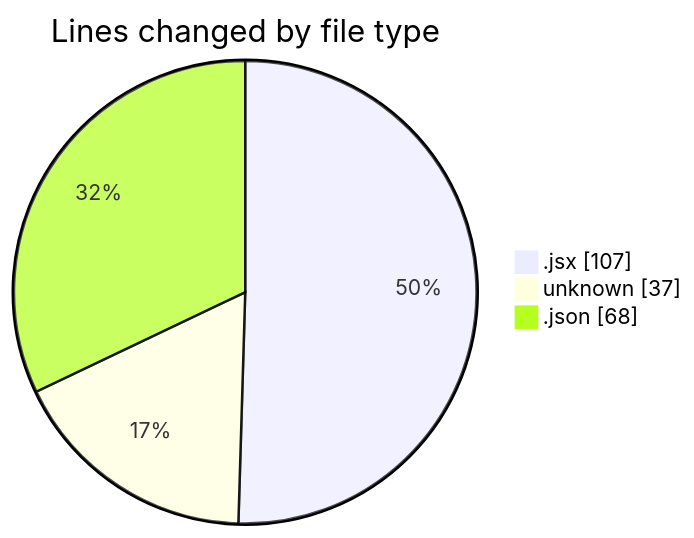
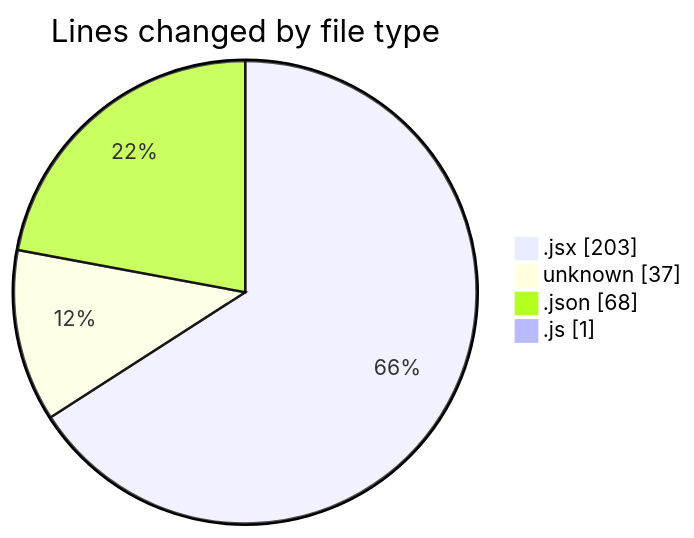
Before and after one commit to Elitesun/code-tracking: the first of 2 diagrams in 2025-02-08/react_ecom/README.md, drawn with Mermaid. The commit also changed other lines of this file and 1 other file, not shown here.

````diff
--- a/2025-02-08/react_ecom/README.md
+++ b/2025-02-08/react_ecom/README.md
@@ -22,7 +23,8 @@
 ```mermaid
 pie showData
 title Lines changed by file type
-".jsx" : 107
+".jsx" : 203
 "unknown" : 37
 ".json" : 68
+".js" : 1
 ```
````
